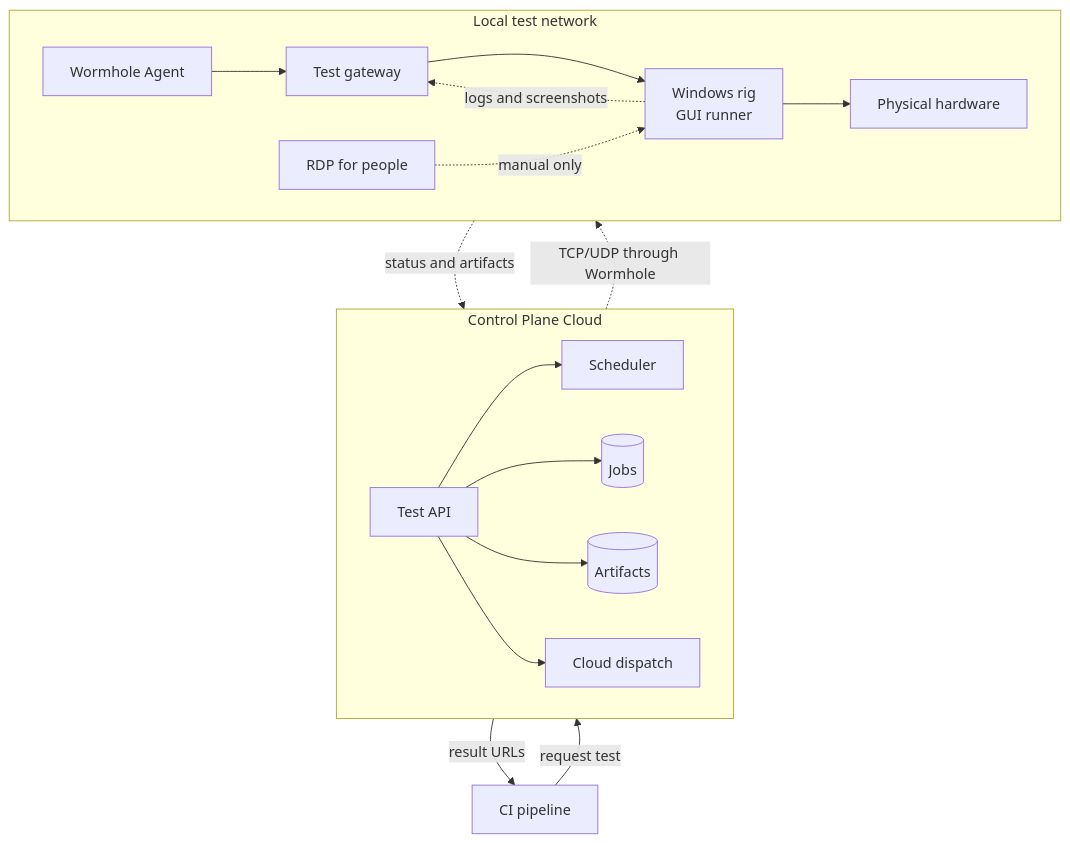
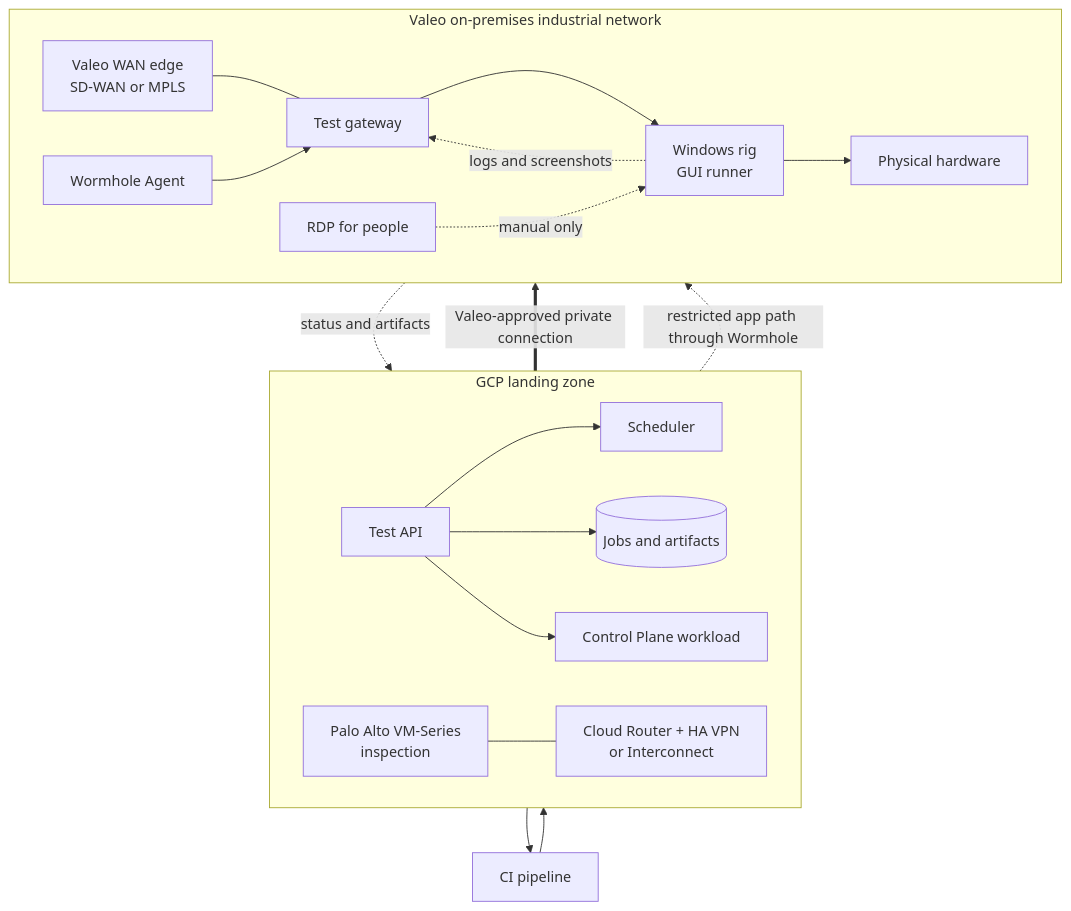
Before and after one commit to joreichhardt/rtst-hw: the diagram in README.md, drawn with Mermaid. The commit also changed other lines of this file and 5 other files, not shown here.

Commit message:
Add GCP landing zone hybrid network design

````diff
--- a/README.md
+++ b/README.md
@@ -13,25 +13,26 @@
 ```mermaid
 flowchart TB
-  CI[CI pipeline] -->|request test| API[Test API]
+  CI[CI pipeline] --> API[Test API]
 
-  subgraph Cloud[Control Plane Cloud]
+  subgraph GCP[GCP landing zone]
     direction LR
     API --> SCH[Scheduler]
-    API --> DB[(Jobs)]
-    API --> ART[(Artifacts)]
-    API --> CW[Cloud dispatch]
+    API --> ART[(Jobs and artifacts)]
+    API --> CP[Control Plane workload]
+    PA[Palo Alto VM-Series\ninspection] --- VPN[Cloud Router + HA VPN\nor Interconnect]
   end
 
-  subgraph LAN[Local test network]
+  subgraph Valeo[Valeo on-premises industrial network]
     direction LR
-    WH[Wormhole Agent] --> GW[Test gateway]
-    GW --> WIN[Windows rig\nGUI runner]
-    WIN --> HW[Physical hardware]
+    EDGE[Valeo WAN edge\nSD-WAN or MPLS] --- GW[Test gateway]
+    WH[Wormhole Agent] --> GW
+    GW --> WIN[Windows rig\nGUI runner] --> HW[Physical hardware]
     RDP[RDP for people] -. manual only .-> WIN
   end
 
-  CW -. TCP/UDP through Wormhole .-> WH
+  VPN == Valeo-approved private connection ==> EDGE
+  CP -. restricted app path through Wormhole .-> WH
   WIN -. logs and screenshots .-> GW
   GW -. status and artifacts .-> API
-  API -->|result URLs| CI
+  API --> CI
 ```
````
